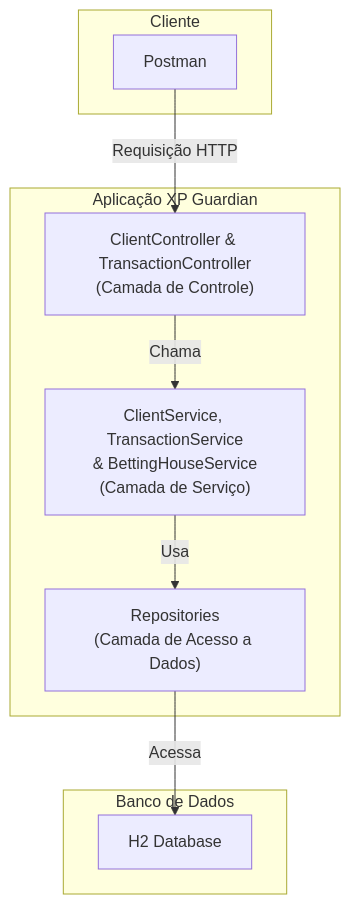
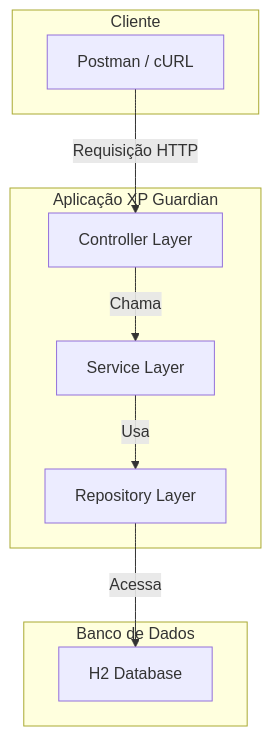
Before and after one commit to GuiBichaco/xp-guardian-soa-sprint: the first of 3 diagrams in README.md, drawn with Mermaid. The commit also changed other lines of this file, not shown here.

````diff
--- a/README.md
+++ b/README.md
@@ -19,21 +49,21 @@
 ```mermaid
 graph TD
     subgraph "Cliente"
-        A[Postman]
+        A[Postman / cURL]
     end
 
     subgraph "Aplicação XP Guardian"
-        B["ClientController & TransactionController<br>(Camada de Controle)"]
-        C["ClientService, TransactionService<br>& BettingHouseService<br>(Camada de Serviço)"]
-        D["Repositories<br>(Camada de Acesso a Dados)"]
+        B["Controller Layer"]
+        C["Service Layer"]
+        D["Repository Layer"]
     end
 
     subgraph "Banco de Dados"
         E[H2 Database]
     end
 
     A -- "Requisição HTTP" --> B
     B -- "Chama" --> C
     C -- "Usa" --> D
     D -- "Acessa" --> E
 ```
````
